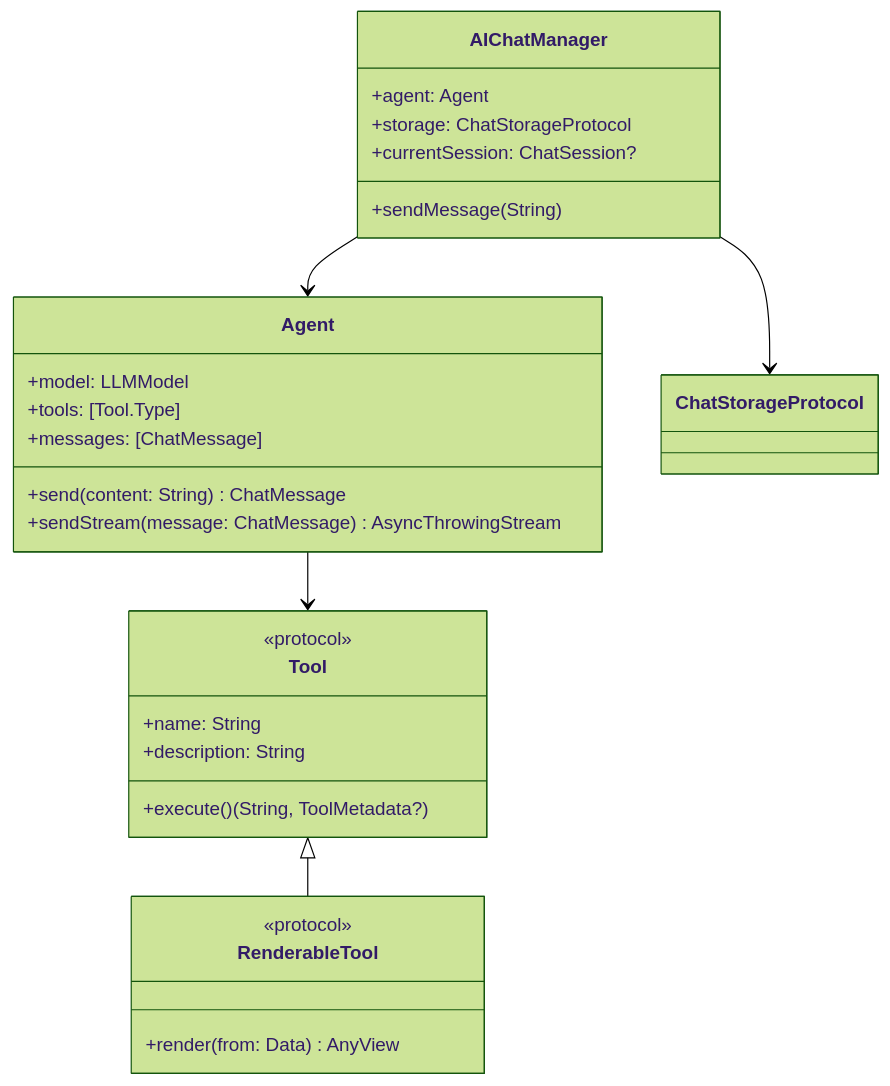
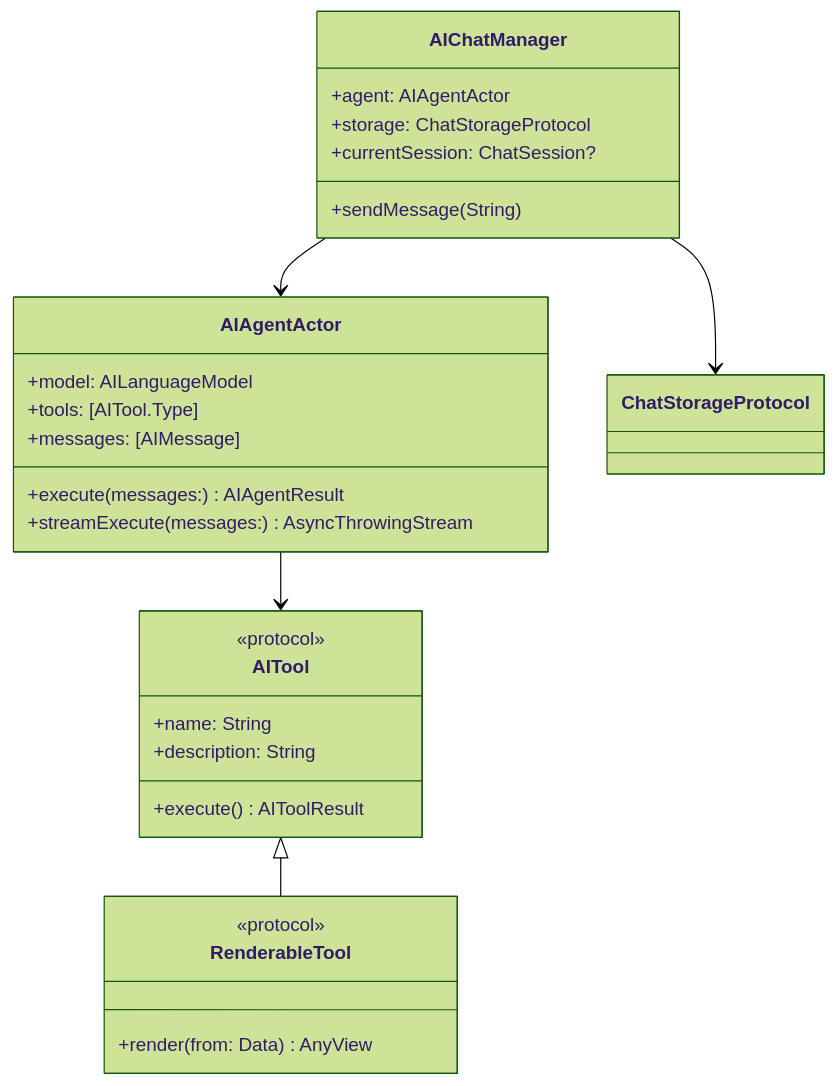
The second of 3 diagrams in Sources/AISDK/docs/AISDK.md (DanielhCarranza/AISDK), drawn with Mermaid (forest theme) before and after one commit. The commit also changed other lines of this file and 809 other files, not shown here.

````diff
--- a/Sources/AISDK/docs/AISDK.md
+++ b/Sources/AISDK/docs/AISDK.md
@@ -82,34 +83,34 @@
 ```mermaid
 classDiagram
-    class Agent {
-        +model: LLMModel
-        +tools: [Tool.Type]
-        +messages: [ChatMessage]
-        +send(content: String) ChatMessage
-        +sendStream(message: ChatMessage) AsyncThrowingStream
+    class AIAgentActor {
+        +model: AILanguageModel
+        +tools: [AITool.Type]
+        +messages: [AIMessage]
+        +execute(messages:) AIAgentResult
+        +streamExecute(messages:) AsyncThrowingStream
     }
-    
-    class Tool {
+
+    class AITool {
         <<protocol>>
         +name: String
         +description: String
-        +execute() (String, ToolMetadata?)
+        +execute() AIToolResult
     }
-    
+
     class RenderableTool {
         <<protocol>>
         +render(from: Data) AnyView
     }
-    
+
     class AIChatManager {
-        +agent: Agent
+        +agent: AIAgentActor
         +storage: ChatStorageProtocol
         +currentSession: ChatSession?
         +sendMessage(String)
     }
-    
-    Tool <|-- RenderableTool
-    Agent --> Tool
-    AIChatManager --> Agent
+
+    AITool <|-- RenderableTool
+    AIAgentActor --> AITool
+    AIChatManager --> AIAgentActor
     AIChatManager --> ChatStorageProtocol
 ```
````
